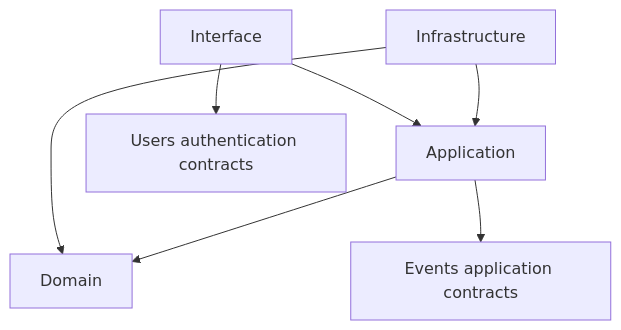
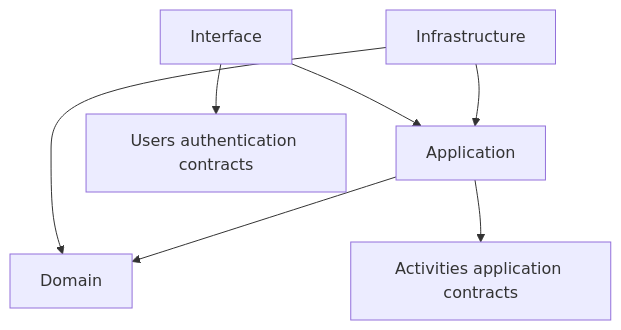
Before and after one commit to treedenn/Domu: the third of 3 diagrams in backend/dotnet/src/Domu.Api/Features/Households/README.md, drawn with Mermaid. The commit also changed other lines of this file and 55 other files, not shown here.

````diff
--- a/backend/dotnet/src/Domu.Api/Features/Households/README.md
+++ b/backend/dotnet/src/Domu.Api/Features/Households/README.md
@@ -116,9 +116,9 @@
 ```mermaid
 flowchart TD
     Interface --> Application
     Infrastructure --> Application
     Infrastructure --> Domain
     Application --> Domain
     Interface --> Users[Users authentication contracts]
-    Application --> Events[Events application contracts]
+    Application --> Activities[Activities application contracts]
 ```
````
